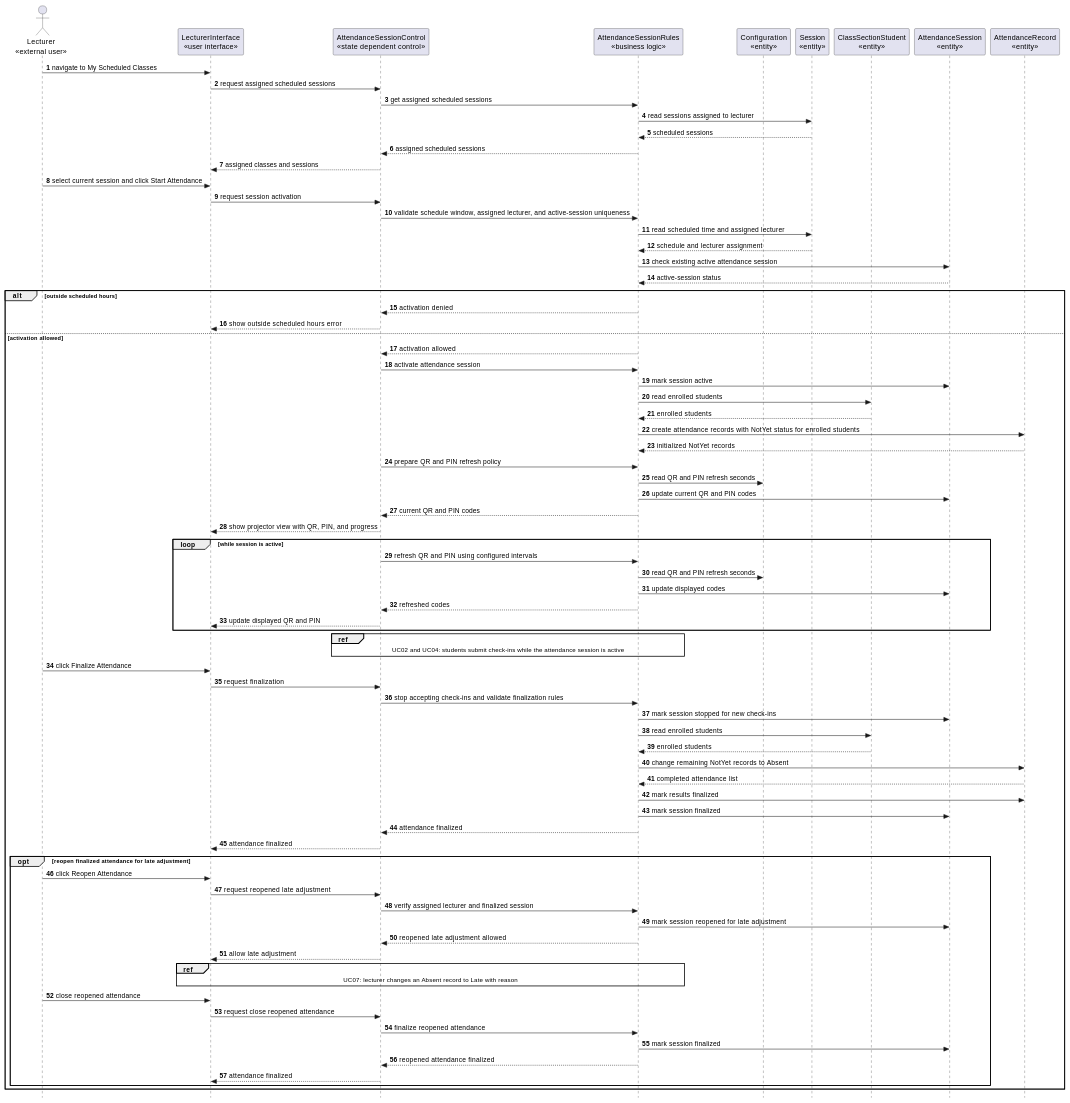
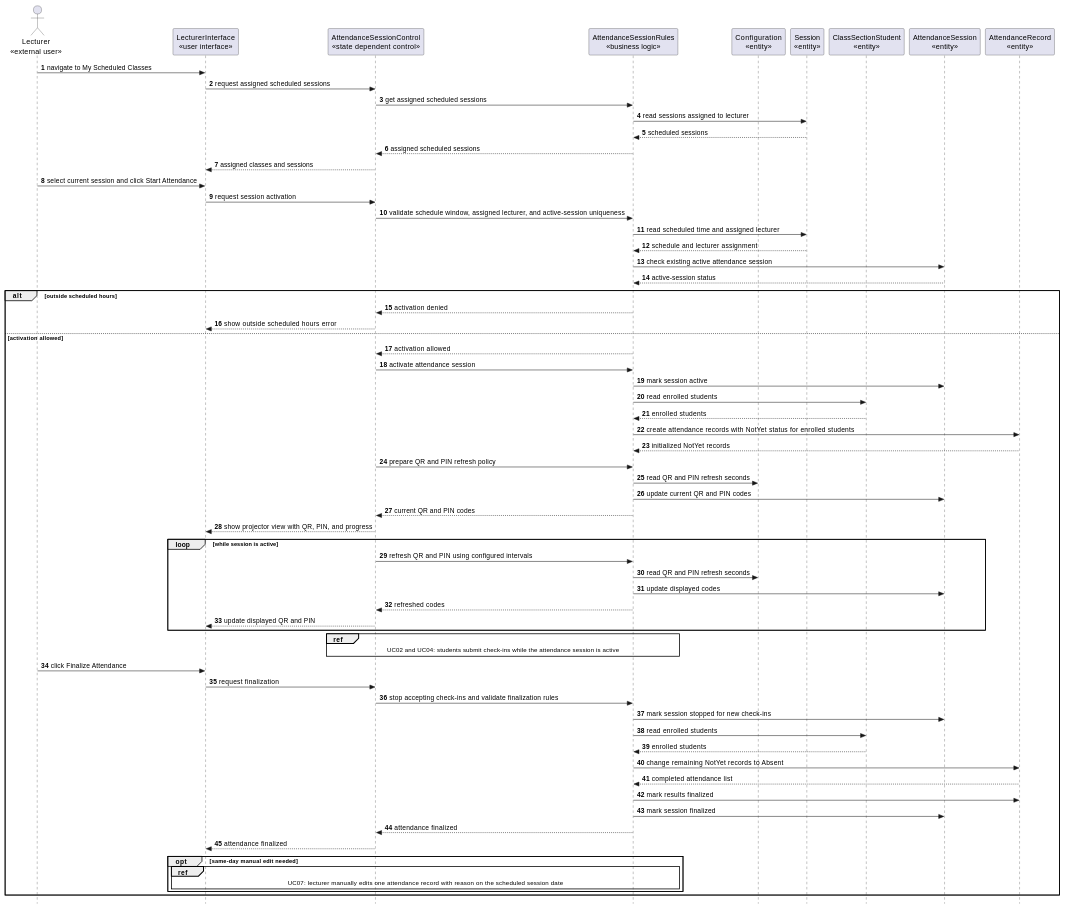
Diagram 15 of 26 in docs/rds/2_Analysis.md (nttung42/SWD392), drawn with PlantUML before and after one commit. The commit also changed other lines of this file and 3 other files, not shown here.

```diff
--- a/docs/rds/2_Analysis.md
+++ b/docs/rds/2_Analysis.md
@@ -744,24 +743,10 @@
   SessionRules --> SessionControl : attendance finalized
   SessionControl --> LecturerUI : attendance finalized
 
-  opt reopen finalized attendance for late adjustment
-    Lecturer -> LecturerUI : click Reopen Attendance
-    LecturerUI -> SessionControl : request reopened late adjustment
-    SessionControl -> SessionRules : verify assigned lecturer and finalized session
-    SessionRules -> AttendanceSession : mark session reopened for late adjustment
-    SessionRules --> SessionControl : reopened late adjustment allowed
-    SessionControl --> LecturerUI : allow late adjustment
-
+  opt same-day manual edit needed
     ref over LecturerUI, SessionControl, SessionRules
-      UC07: lecturer changes an Absent record to Late with reason
+      UC07: lecturer manually edits one attendance record with reason on the scheduled session date
     end
-
-    Lecturer -> LecturerUI : close reopened attendance
-    LecturerUI -> SessionControl : request close reopened attendance
-    SessionControl -> SessionRules : finalize reopened attendance
-    SessionRules -> AttendanceSession : mark session finalized
-    SessionRules --> SessionControl : reopened attendance finalized
-    SessionControl --> LecturerUI : attendance finalized
   end
 end
 @enduml
```
